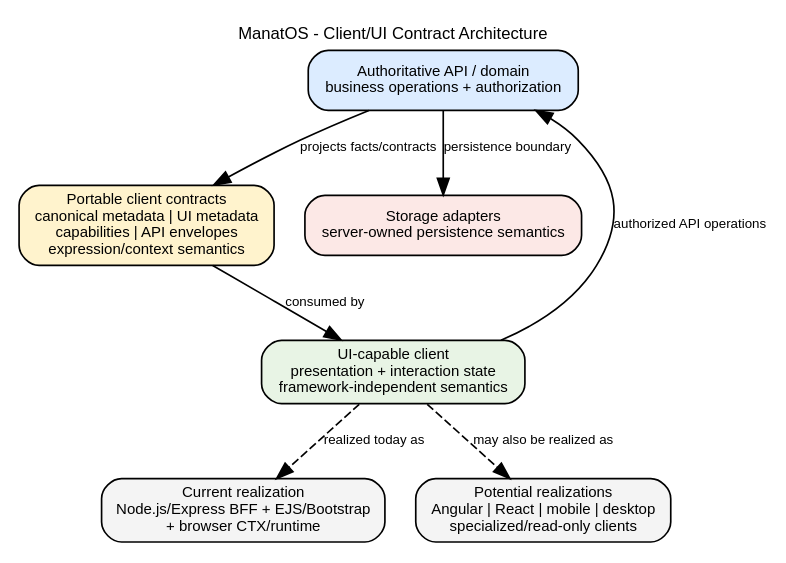
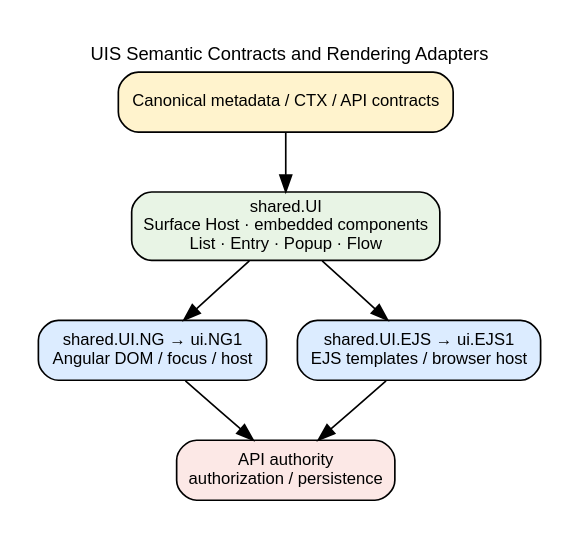
The diagram in docs/diagrams/07-client-contract-architecture.dot (ymanatos1/ManatOS), drawn with Graphviz before and after one commit. The commit also changed 1454 other files, not shown here.

Commit message:
Multi UIs new architecture.

```diff
--- a/docs/diagrams/07-client-contract-architecture.dot
+++ b/docs/diagrams/07-client-contract-architecture.dot
@@ -1,16 +1,10 @@
-digraph G {
- graph [fontname="Arial", fontsize=10, bgcolor="white", labelloc="t", label="ManatOS - Client/UI Contract Architecture"];
- node [fontname="Arial", fontsize=9, shape=box, style="rounded,filled", fillcolor="white"]; edge [fontname="Arial", fontsize=8]; rankdir=TB;
- api [label="Authoritative API / domain\nbusiness operations + authorization", fillcolor="#dcecff"];
- contracts [label="Portable client contracts\ncanonical metadata | UI metadata\ncapabilities | API envelopes\nexpression/context semantics", fillcolor="#fff3cd"];
- client [label="UI-capable client\npresentation + interaction state\nframework-independent semantics", fillcolor="#e8f4e5"];
- current [label="Current realization\nNode.js/Express BFF + EJS/Bootstrap\n+ browser CTX/runtime", fillcolor="#f4f4f4"];
- future [label="Potential realizations\nAngular | React | mobile | desktop\nspecialized/read-only clients", fillcolor="#f4f4f4"];
- storage [label="Storage adapters\nserver-owned persistence semantics", fillcolor="#fce8e6"];
- api -> contracts [label="projects facts/contracts"];
- contracts -> client [label="consumed by"];
- client -> api [label="authorized API operations"];
- client -> current [style=dashed, label="realized today as"];
- client -> future [style=dashed, label="may also be realized as"];
- api -> storage [label="persistence boundary"];
+digraph UIS {
+ graph [fontname="Arial",fontsize=11,bgcolor="white",labelloc="t",label="UIS Semantic Contracts and Rendering Adapters",pad="0.22",rankdir=TB];
+ node [fontname="Arial",fontsize=10,shape=box,style="rounded,filled",fillcolor="white"];
+ canonical [label="Canonical metadata / CTX / API contracts",fillcolor="#fff3cd"];
+ semantic [label="shared.UI\nSurface Host · embedded components\nList · Entry · Popup · Flow",fillcolor="#e8f4e5"];
+ ng [label="shared.UI.NG → ui.NG1\nAngular DOM / focus / host",fillcolor="#dcecff"];
+ ejs [label="shared.UI.EJS → ui.EJS1\nEJS templates / browser host",fillcolor="#dcecff"];
+ api [label="API authority\nauthorization / persistence",fillcolor="#fce8e6"];
+ canonical -> semantic;semantic -> ng;semantic -> ejs;ng -> api;ejs -> api;
 }
```
